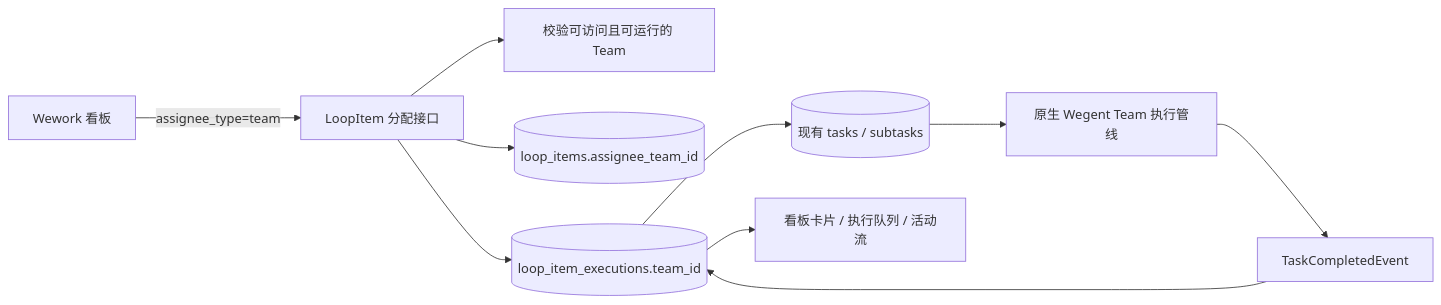
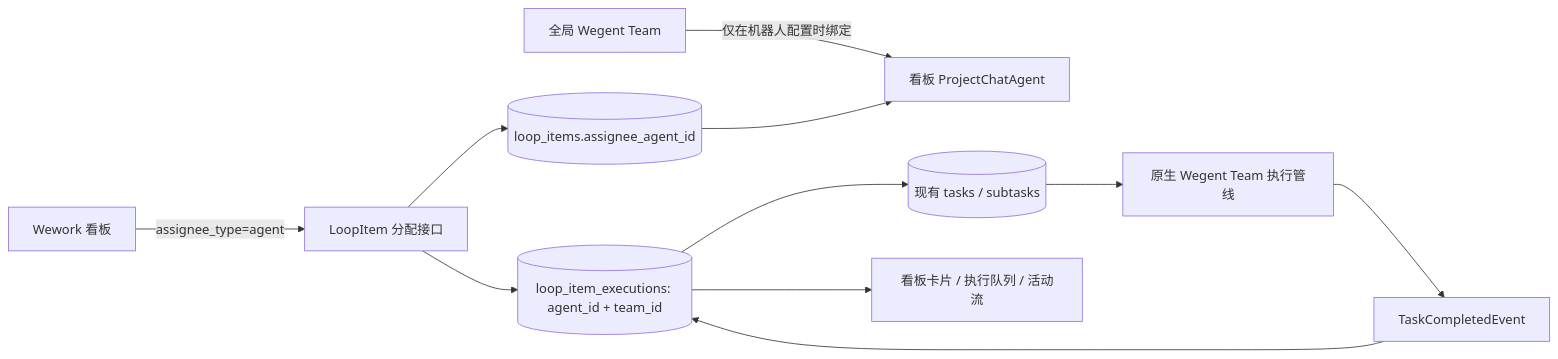
One commit to wecode-ai/Wegent changed the first of 2 diagrams in docs/zh/wegent/developer-guide/cloud-project-collaboration.md. Above: the diagram before and after it, drawn with Mermaid. The commit also changed other lines of this file and 19 other files, not shown here.

````diff
--- a/docs/zh/wegent/developer-guide/cloud-project-collaboration.md
+++ b/docs/zh/wegent/developer-guide/cloud-project-collaboration.md
@@ -90,12 +90,13 @@
 ```mermaid
 flowchart LR
-    UI[Wework 看板] -->|assignee_type=team| API[LoopItem 分配接口]
-    API --> TEAM[校验可访问且可运行的 Team]
-    API --> ITEM[(loop_items.assignee_team_id)]
-    API --> EXEC[(loop_item_executions.team_id)]
+    TEAM[全局 Wegent Team] -->|仅在机器人配置时绑定| BOT[看板 ProjectChatAgent]
+    UI[Wework 看板] -->|assignee_type=agent| API[LoopItem 分配接口]
+    API --> ITEM[(loop_items.assignee_agent_id)]
+    ITEM --> BOT
+    API --> EXEC[(loop_item_executions: agent_id + team_id)]
     EXEC --> TASK[(现有 tasks / subtasks)]
     TASK --> PIPELINE[原生 Wegent Team 执行管线]
     PIPELINE --> EVENT[TaskCompletedEvent]
     EVENT --> EXEC
     EXEC --> VIEW[看板卡片 / 执行队列 / 活动流]
 ```
````
